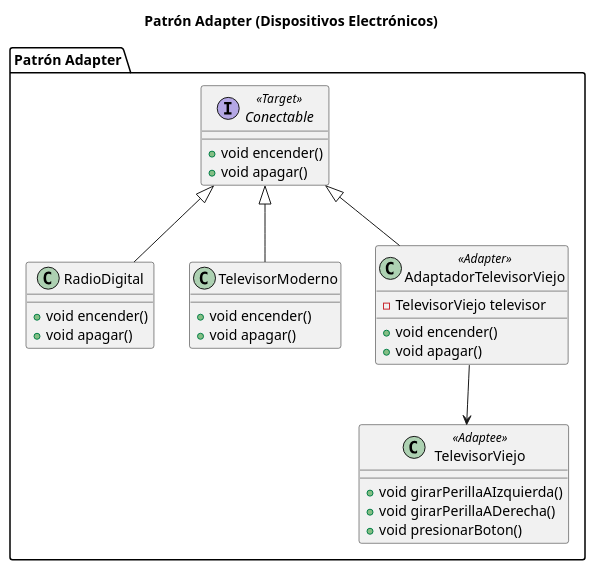
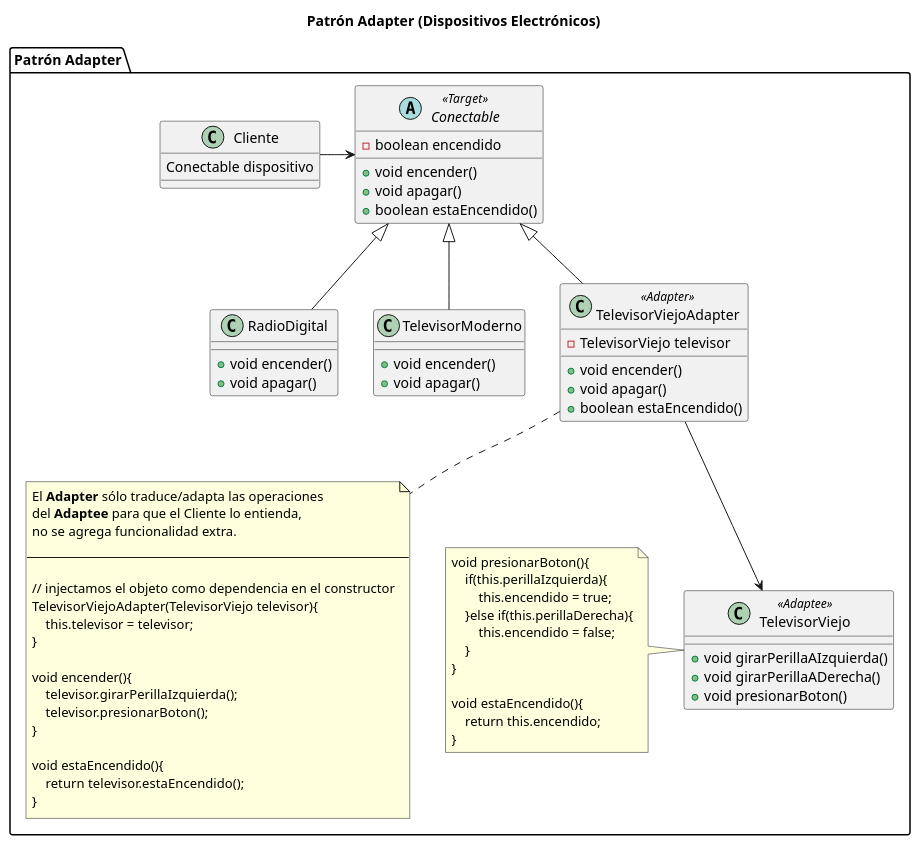
One commit to manu-utn/bitacora-diseno-de-sistemas changed diagram 43 of 45 in practica/patrones-de-diseño/java8/README.org. Above: the diagram before and after it, drawn with PlantUML. The commit also changed other lines of this file and 8 other files, not shown here.

```diff
--- a/practica/patrones-de-diseño/java8/README.org
+++ b/practica/patrones-de-diseño/java8/README.org
@@ -3646,10 +4263,15 @@
      ' ================
 
      package "Patrón Adapter"{
+         class Cliente{
+         Conectable dispositivo
+         }
 
-         interface Conectable <<Target>>{
+         abstract class Conectable <<Target>>{
+             -boolean encendido
              +void encender()
              +void apagar()
+             +boolean estaEncendido()
          }
 
          class RadioDigital{
@@ -3668,11 +4290,48 @@
              +void presionarBoton()
          }
 
-         class AdaptadorTelevisorViejo <<Adapter>>{
+         class TelevisorViejoAdapter <<Adapter>>{
              -TelevisorViejo televisor
              +void encender()
              +void apagar()
+             +boolean estaEncendido()
          }
+
+     note left of TelevisorViejo
+     void presionarBoton(){
+         if(this.perillaIzquierda){
+             this.encendido = true;
+         }else if(this.perillaDerecha){
+             this.encendido = false;
+         }
+     }
+
+     void estaEncendido(){
+         return this.encendido;
+     }
+     end note
+
+     note bottom of TelevisorViejoAdapter
+     El **Adapter** sólo traduce/adapta las operaciones
+     del **Adaptee** para que el Cliente lo entienda,
+     no se agrega funcionalidad extra.
+
+     --
+
+     // injectamos el objeto como dependencia en el constructor
+     TelevisorViejoAdapter(TelevisorViejo televisor){
+         this.televisor = televisor;
+     }
+
+     void encender(){
+         televisor.girarPerillaIzquierda();
+         televisor.presionarBoton();
+     }
+
+     void estaEncendido(){
+         return televisor.estaEncendido();
+     }
+     end note
 
      }
 
@@ -3680,16 +4339,16 @@
      ' == RELACIONES ==
      ' ================
 
+     Cliente                 -right-> Conectable
      TelevisorModerno        -up-|> Conectable
      RadioDigital            -up-|> Conectable
-     AdaptadorTelevisorViejo -up-|> Conectable
+     TelevisorViejoAdapter -up-|> Conectable
 
-     AdaptadorTelevisorViejo -down-> TelevisorViejo
+     TelevisorViejoAdapter -down-> TelevisorViejo
 
      ' ================
      ' ==== NOTAS =====
      ' ================
 
-
      @enduml
    #+END_SRC
```
